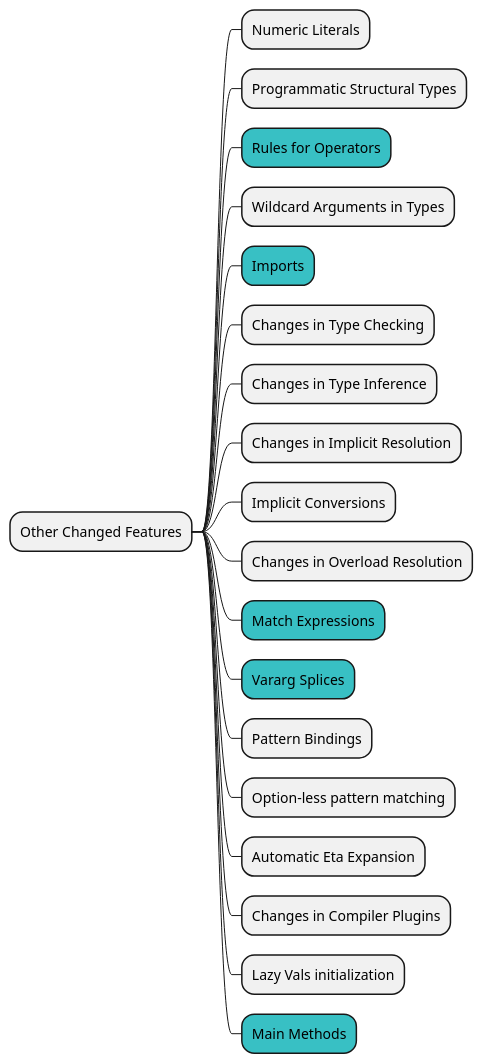
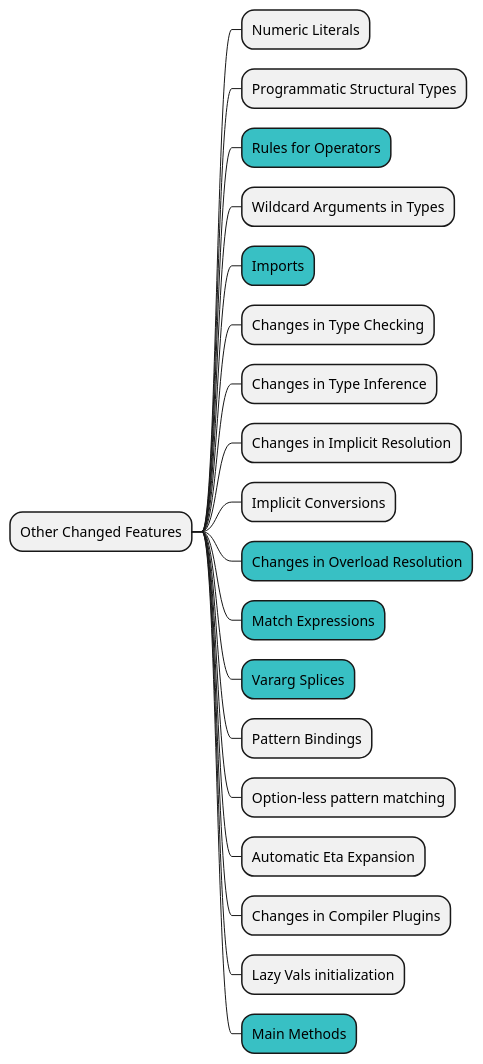
The seventh of 8 diagrams in docs/step01/03_Referenceを俯瞰してみる.md (shinharad/getting-started-with-scala3), drawn with PlantUML before and after one commit. The commit also changed other lines of this file and 1 other file, not shown here.

Commit message:
Changes in Overload Resolutionを追加

````diff
--- a/docs/step01/03_Referenceを俯瞰してみる.md
+++ b/docs/step01/03_Referenceを俯瞰してみる.md
@@ -143,23 +144,23 @@
 ```plantuml
 @startmindmap
 * Other Changed Features
 ** Numeric Literals
 ** Programmatic Structural Types
 **[#38c0c4] Rules for Operators
 ** Wildcard Arguments in Types
 **[#38c0c4] Imports
 ** Changes in Type Checking
 ** Changes in Type Inference
 ** Changes in Implicit Resolution
 ** Implicit Conversions
-** Changes in Overload Resolution
+**[#38c0c4] Changes in Overload Resolution
 **[#38c0c4] Match Expressions
 **[#38c0c4] Vararg Splices
 ** Pattern Bindings
 ** Option-less pattern matching
 ** Automatic Eta Expansion
 ** Changes in Compiler Plugins
 ** Lazy Vals initialization
 **[#38c0c4] Main Methods
 @endmindmap
 ```
````
